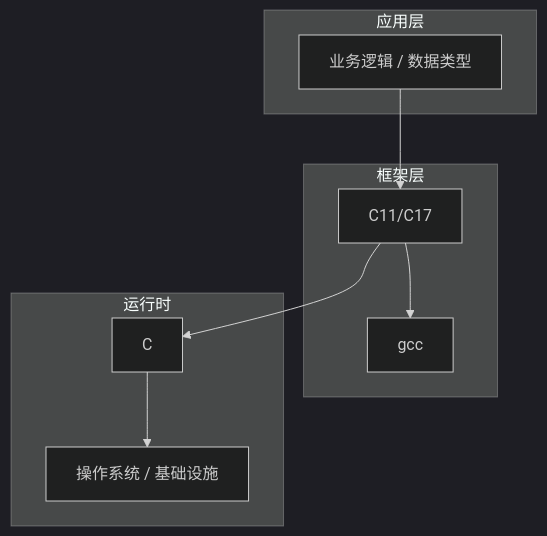
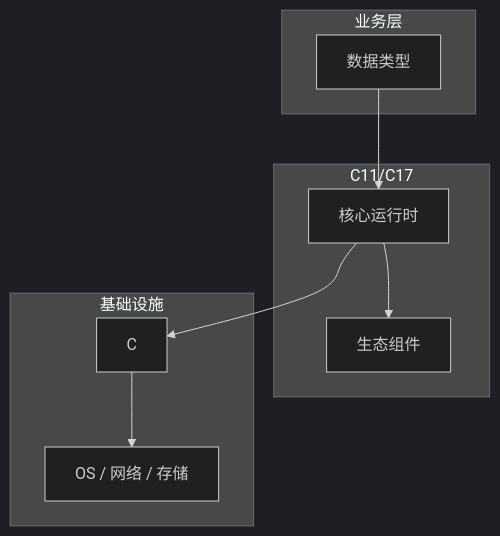
Before and after one commit to yanggan2015/knowledge-json-v2: the diagram in articles/C语言/chapters/011-数据类型核心概念与原理.md, drawn with Mermaid (dark theme). The commit also changed other lines of this file and 10127 other files, not shown here.

````diff
--- a/articles/C语言/chapters/011-数据类型核心概念与原理.md
+++ b/articles/C语言/chapters/011-数据类型核心概念与原理.md
@@ -45,18 +34,18 @@
 ```mermaid
 graph TB
-    subgraph 应用层
-        A[业务逻辑 / 数据类型]
+    subgraph 业务层
+        A[数据类型]
     end
-    subgraph 框架层
-        B[C11/C17]
-        C[gcc]
+    subgraph C11/C17
+        B[核心运行时]
+        C[生态组件]
     end
-    subgraph 运行时
+    subgraph 基础设施
         D[C]
-        E[操作系统 / 基础设施]
+        E[OS / 网络 / 存储]
     end
     A --> B
     B --> C
     B --> D
     D --> E
 ```
````
